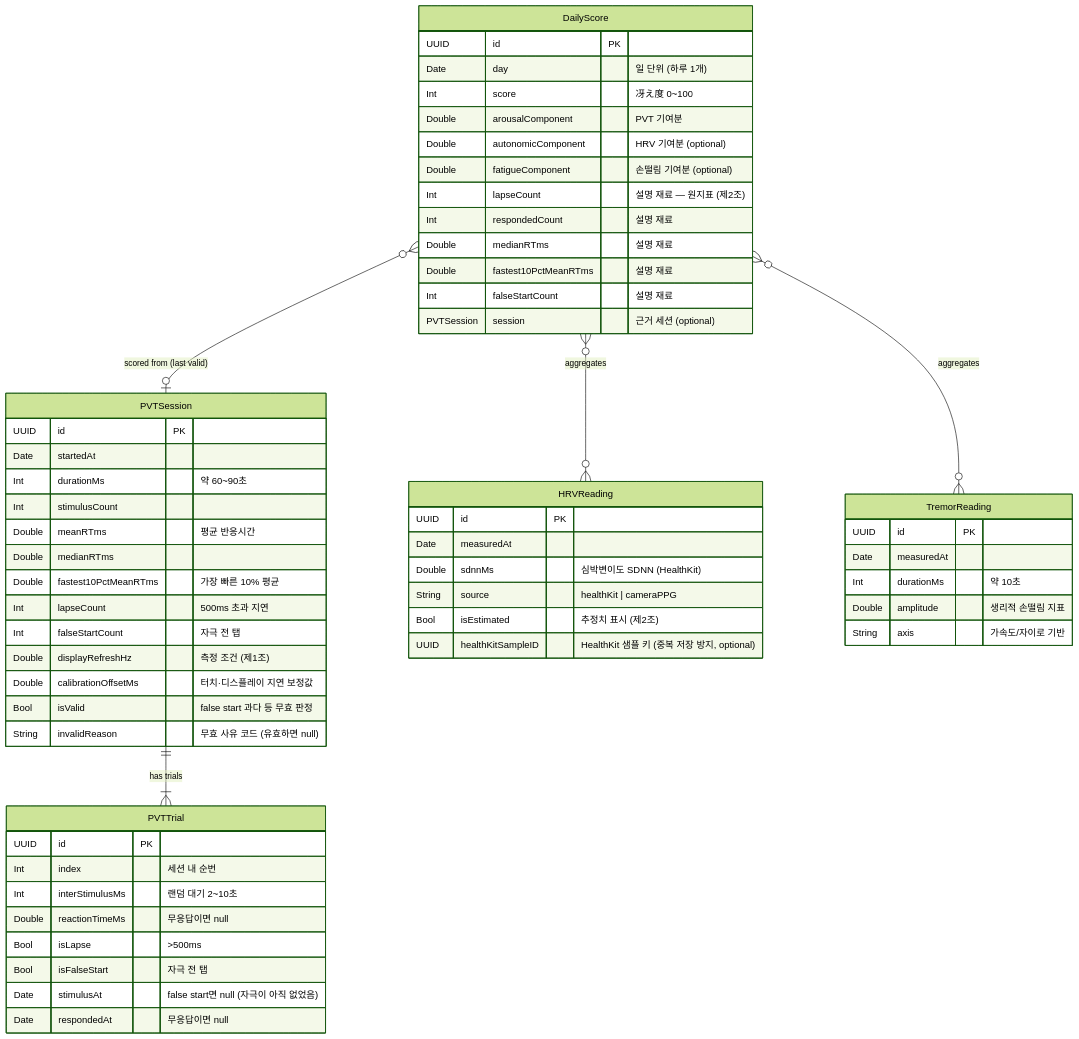
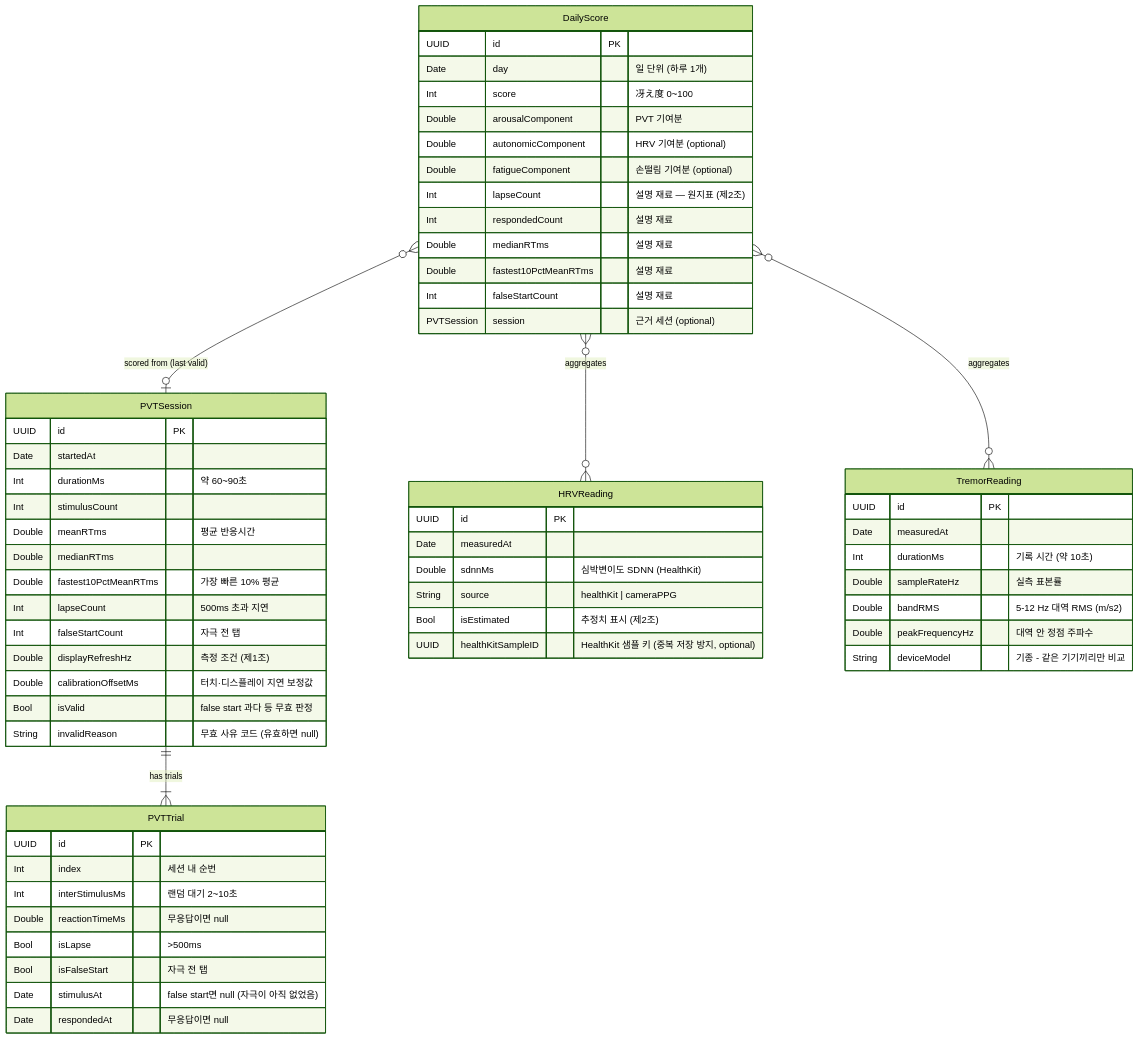
The diagram in docs/data-model.md (2daKaizen-gun/sae), drawn with Mermaid (forest theme) before and after one commit. The commit also changed other lines of this file and 5 other files, not shown here.

First line of the commit message:
feat: store tremor readings on device, tagged with the device model

````diff
--- a/docs/data-model.md
+++ b/docs/data-model.md
@@ -22,66 +22,68 @@
 ```mermaid
 erDiagram
     PVTSession ||--|{ PVTTrial : "has trials"
     DailyScore }o--o| PVTSession : "scored from (last valid)"
     DailyScore }o--o{ HRVReading : "aggregates"
     DailyScore }o--o{ TremorReading : "aggregates"
 
     PVTSession {
         UUID id PK
         Date startedAt
         Int durationMs "약 60~90초"
         Int stimulusCount
         Double meanRTms "평균 반응시간"
         Double medianRTms
         Double fastest10PctMeanRTms "가장 빠른 10% 평균"
         Int lapseCount "500ms 초과 지연"
         Int falseStartCount "자극 전 탭"
         Double displayRefreshHz "측정 조건 (제1조)"
         Double calibrationOffsetMs "터치·디스플레이 지연 보정값"
         Bool isValid "false start 과다 등 무효 판정"
         String invalidReason "무효 사유 코드 (유효하면 null)"
     }
 
     PVTTrial {
         UUID id PK
         Int index "세션 내 순번"
         Int interStimulusMs "랜덤 대기 2~10초"
         Double reactionTimeMs "무응답이면 null"
         Bool isLapse ">500ms"
         Bool isFalseStart "자극 전 탭"
         Date stimulusAt "false start면 null (자극이 아직 없었음)"
         Date respondedAt "무응답이면 null"
     }
 
     HRVReading {
         UUID id PK
         Date measuredAt
         Double sdnnMs "심박변이도 SDNN (HealthKit)"
         String source "healthKit | cameraPPG"
         Bool isEstimated "추정치 표시 (제2조)"
         UUID healthKitSampleID "HealthKit 샘플 키 (중복 저장 방지, optional)"
     }
 
     TremorReading {
         UUID id PK
         Date measuredAt
-        Int durationMs "약 10초"
-        Double amplitude "생리적 손떨림 지표"
-        String axis "가속도/자이로 기반"
+        Int durationMs "기록 시간 (약 10초)"
+        Double sampleRateHz "실측 표본률"
+        Double bandRMS "5-12 Hz 대역 RMS (m/s2)"
+        Double peakFrequencyHz "대역 안 정점 주파수"
+        String deviceModel "기종 - 같은 기기끼리만 비교"
     }
 
     DailyScore {
         UUID id PK
         Date day "일 단위 (하루 1개)"
         Int score "冴え度 0~100"
         Double arousalComponent "PVT 기여분"
         Double autonomicComponent "HRV 기여분 (optional)"
         Double fatigueComponent "손떨림 기여분 (optional)"
         Int lapseCount "설명 재료 — 원지표 (제2조)"
         Int respondedCount "설명 재료"
         Double medianRTms "설명 재료"
         Double fastest10PctMeanRTms "설명 재료"
         Int falseStartCount "설명 재료"
         PVTSession session "근거 세션 (optional)"
     }
 ```
````
